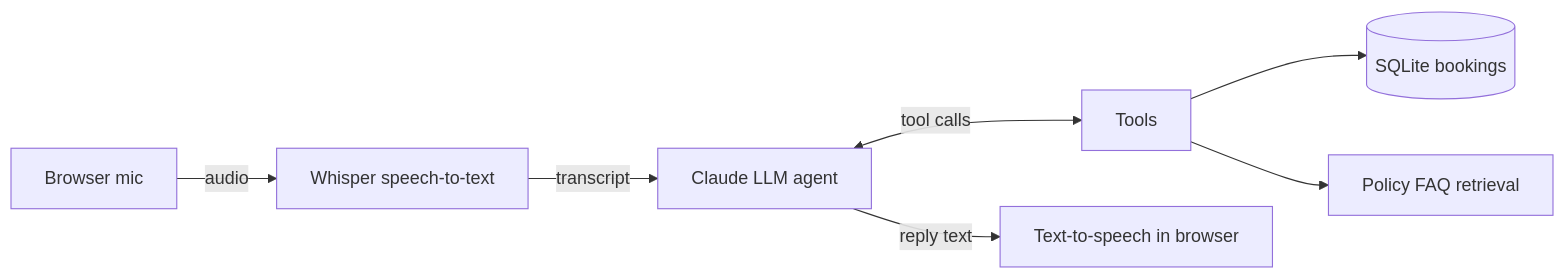
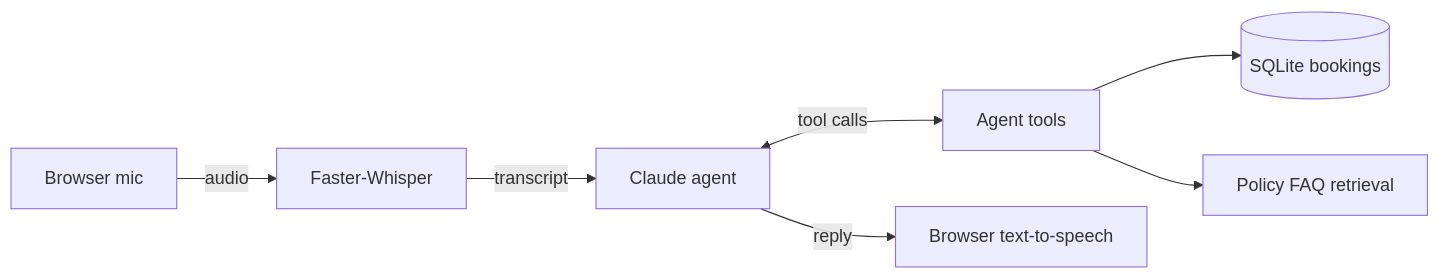
The first of 2 diagrams in README.md (MuskanDhaka515/ProctorPal), drawn with Mermaid before and after one commit. The commit also changed other lines of this file and 2 other files, not shown here.

````diff
--- a/README.md
+++ b/README.md
@@ -7,9 +13,9 @@
 ```mermaid
 flowchart LR
-    A[Browser mic] -->|audio| B[Whisper speech-to-text]
-    B -->|transcript| C[Claude LLM agent]
-    C <-->|tool calls| D[Tools]
+    A[Browser mic] -->|audio| B[Faster-Whisper]
+    B -->|transcript| C[Claude agent]
+    C <-->|tool calls| D[Agent tools]
     D --> E[(SQLite bookings)]
     D --> F[Policy FAQ retrieval]
-    C -->|reply text| G[Text-to-speech in browser]
+    C -->|reply| G[Browser text-to-speech]
 ```
````
